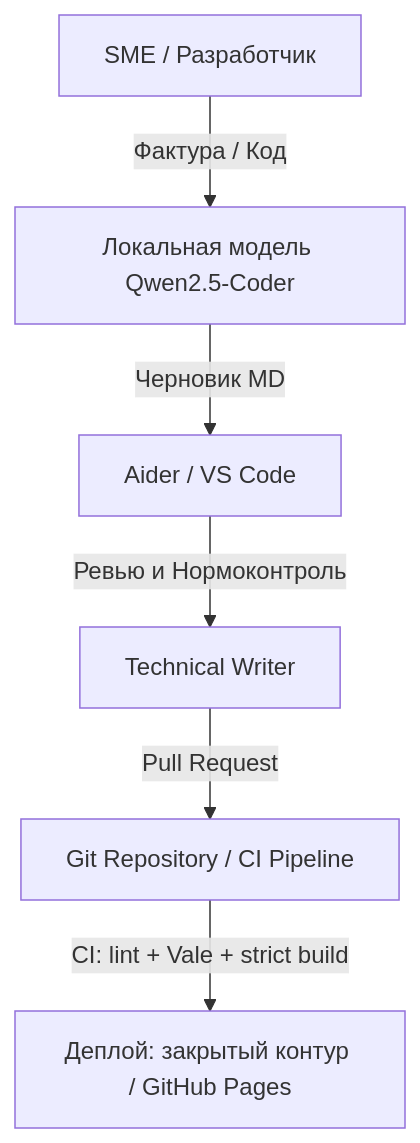
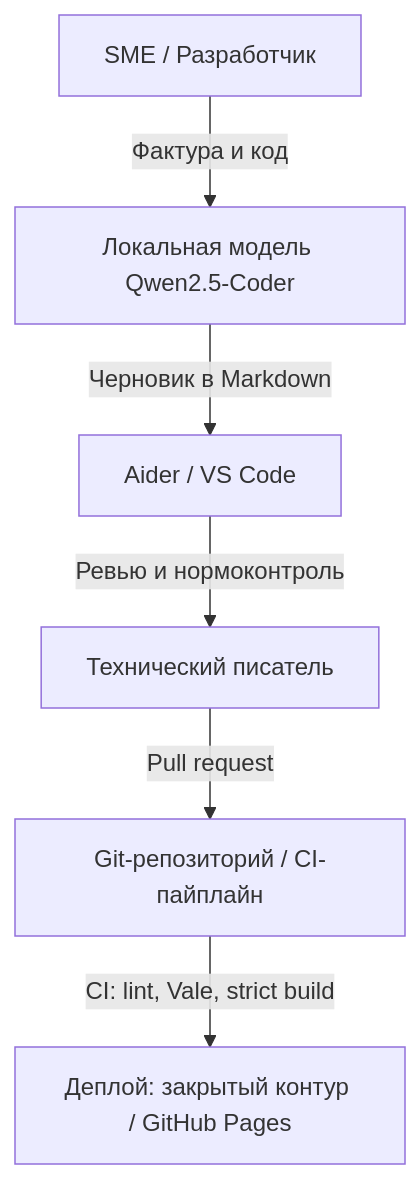
One commit to Aidar65/aidar-technical-writing changed the diagram in docs/index.md. Above: the diagram before and after it, drawn with Mermaid. The commit also changed other lines of this file and 10 other files, not shown here.

````diff
--- a/docs/index.md
+++ b/docs/index.md
@@ -23,8 +28,8 @@
 ```mermaid
 graph TD
-    A[SME / Разработчик] -->|Фактура / Код| B[Локальная модель Qwen2.5-Coder]
-    B -->|Черновик MD| C[Aider / VS Code]
-    C -->|Ревью и Нормоконтроль| D[Technical Writer]
-    D -->|Pull Request| E[Git Repository / CI Pipeline]
-    E -->|CI: lint + Vale + strict build| F[Деплой: закрытый контур / GitHub Pages]
+    A[SME / Разработчик] -->|Фактура и код| B[Локальная модель Qwen2.5-Coder]
+    B -->|Черновик в Markdown| C[Aider / VS Code]
+    C -->|Ревью и нормоконтроль| D[Технический писатель]
+    D -->|Pull request| E[Git-репозиторий / CI-пайплайн]
+    E -->|CI: lint, Vale, strict build| F[Деплой: закрытый контур / GitHub Pages]
 ```
````
